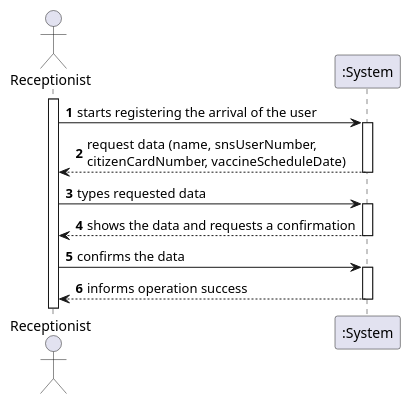
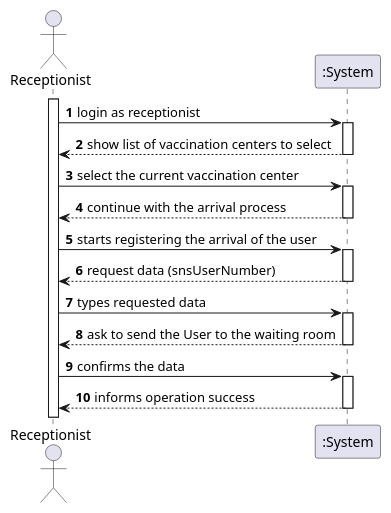
One commit to diogonapoles/isep-lapr2 changed the diagram in docs/SprintC/US4/US4_SSD.puml. Above: the diagram before and after it, drawn with PlantUML. The commit also changed 13 other files, not shown here.

```diff
--- a/docs/SprintC/US4/US4_SSD.puml
+++ b/docs/SprintC/US4/US4_SSD.puml
@@ -1,23 +1,33 @@
 @startuml
 'https://plantuml.com/sequence-diagram
 
 autonumber
 
 actor "Receptionist" as RCP
 
+
 activate RCP
+RCP -> ":System" :  login as receptionist
+activate ":System"
+":System" --> RCP : show list of vaccination centers to select
+deactivate ":System"
+RCP -> ":System" :  select the current vaccination center
+activate ":System"
+":System" --> RCP : continue with the arrival process
+
+deactivate ":System"
 RCP -> ":System" : starts registering the arrival of the user
 activate ":System"
-":System" --> RCP : request data (name, snsUserNumber, \ncitizenCardNumber, vaccineScheduleDate)
+":System" --> RCP : request data (snsUserNumber)
 deactivate ":System"
 
 RCP -> ":System" : types requested data
 activate ":System"
-":System" --> RCP : shows the data and requests a confirmation
+":System" --> RCP : ask to send the User to the waiting room
 deactivate ":System"
 
 RCP -> ":System" : confirms the data
 activate ":System"
 ":System" --> RCP : informs operation success
 deactivate ":System"
 @enduml
```
